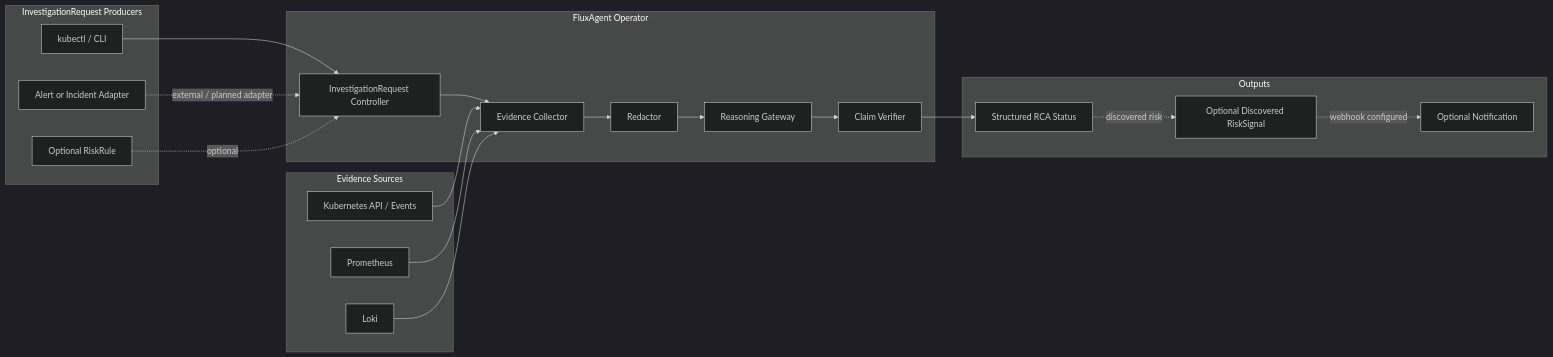
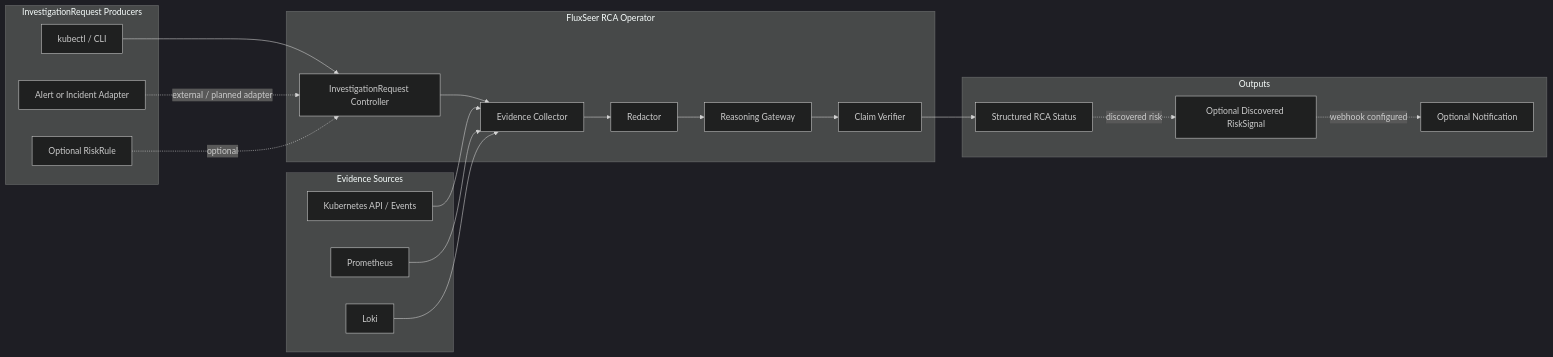
One commit to FluxSeer/fluxseer-rca changed the second of 2 diagrams in README.md. Above: the diagram before and after it, drawn with Mermaid (dark theme). The commit also changed other lines of this file and 50 other files, not shown here.

````diff
--- a/README.md
+++ b/README.md
@@ -216,43 +218,43 @@
 ```mermaid
 flowchart LR
     subgraph Producers[InvestigationRequest Producers]
         Manual[kubectl / CLI]
         External[Alert or Incident Adapter]
         Rule[Optional RiskRule]
     end
 
-    subgraph Operator[FluxAgent Operator]
+    subgraph Operator[FluxSeer RCA Operator]
         IR[InvestigationRequest Controller]
         Collector[Evidence Collector]
         Redactor[Redactor]
         Gateway[Reasoning Gateway]
         Verifier[Claim Verifier]
     end
 
     subgraph Sources[Evidence Sources]
         K8s[Kubernetes API / Events]
         Prom[Prometheus]
         Loki[Loki]
     end
 
     subgraph Outputs[Outputs]
         Status[Structured RCA Status]
         Risk[Optional Discovered RiskSignal]
         Notify[Optional Notification]
     end
 
     Manual --> IR
     External -. external / planned adapter .-> IR
     Rule -. optional .-> IR
 
     IR --> Collector
     K8s --> Collector
     Prom --> Collector
     Loki --> Collector
     Collector --> Redactor
     Redactor --> Gateway
     Gateway --> Verifier
     Verifier --> Status
     Status -. discovered risk .-> Risk
     Risk -. webhook configured .-> Notify
 ```
````
